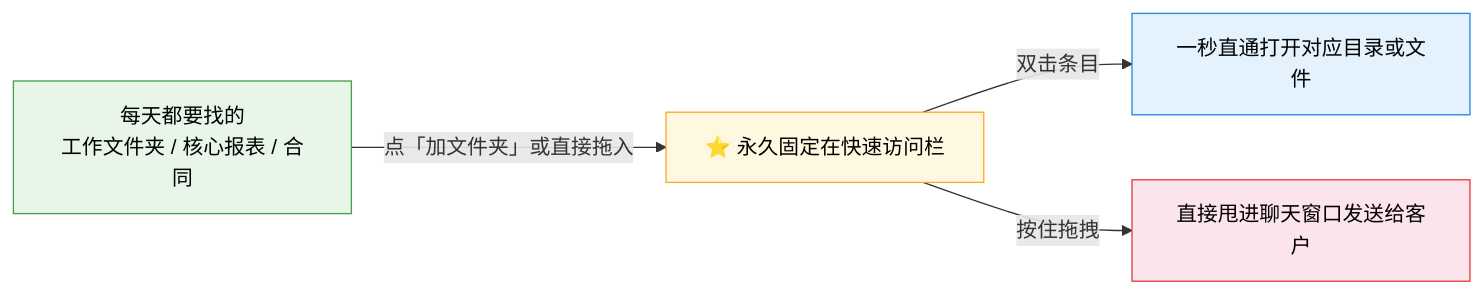
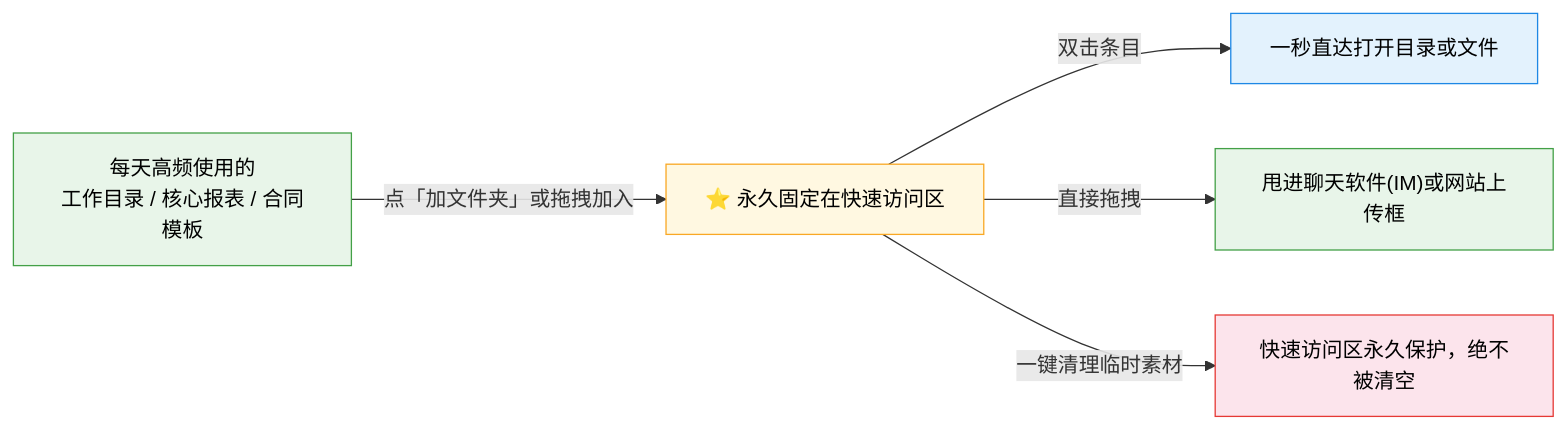
Before and after one commit to CatBoss-Paw/EasyClipboard: the third of 7 diagrams in README.md, drawn with Mermaid. The commit also changed other lines of this file, not shown here.

````diff
--- a/README.md
+++ b/README.md
@@ -91,11 +91,13 @@
 ```mermaid
 graph LR
-    A["每天都要找的<br/>工作文件夹 / 核心报表 / 合同"] -->|点「加文件夹」或直接拖入| B["⭐ 永久固定在快速访问栏"]
-    B -->|双击条目| C["一秒直通打开对应目录或文件"]
-    B -->|按住拖拽| D["直接甩进聊天窗口发送给客户"]
+    A["每天高频使用的<br/>工作目录 / 核心报表 / 合同模板"] -->|点「加文件夹」或拖拽加入| B["⭐ 永久固定在快速访问区"]
+    B -->|双击条目| C["一秒直达打开目录或文件"]
+    B -->|直接拖拽| D["甩进聊天软件(IM)或网站上传框"]
+    B -->|一键清理临时素材| E["快速访问区永久保护，绝不被清空"]
 
     style A fill:#e8f5e9,stroke:#43a047,color:#000
     style B fill:#fff8e1,stroke:#f9a825,color:#000
     style C fill:#e3f2fd,stroke:#1e88e5,color:#000
-    style D fill:#fce4ec,stroke:#e53935,color:#000
+    style D fill:#e8f5e9,stroke:#43a047,color:#000
+    style E fill:#fce4ec,stroke:#e53935,color:#000
 ```
````
